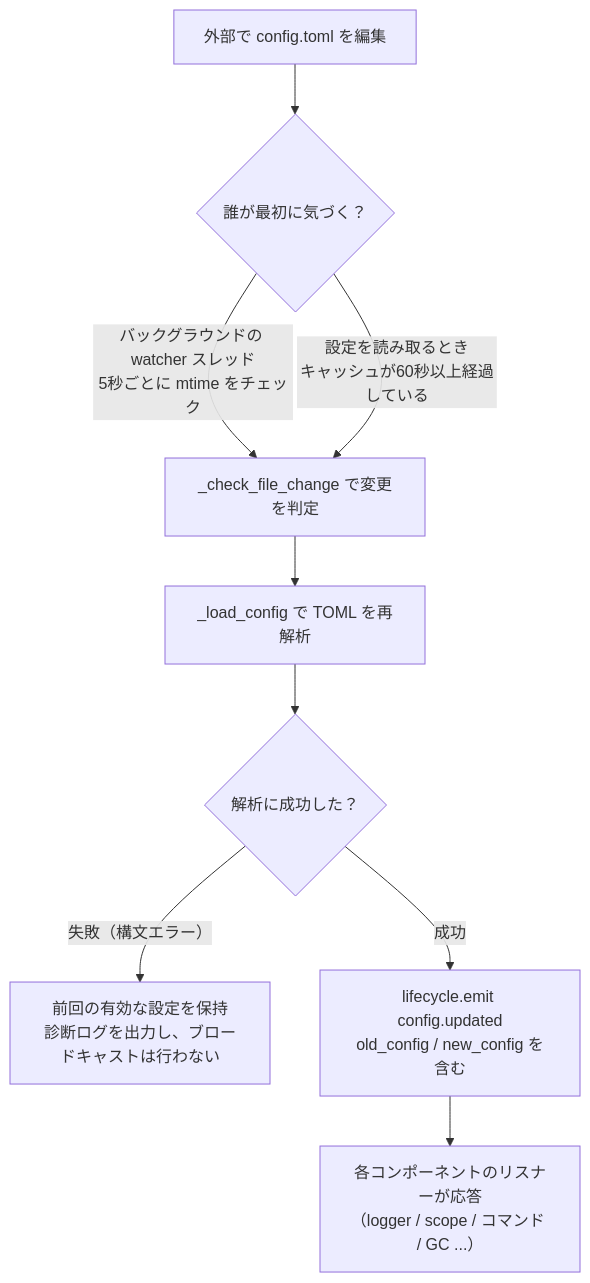
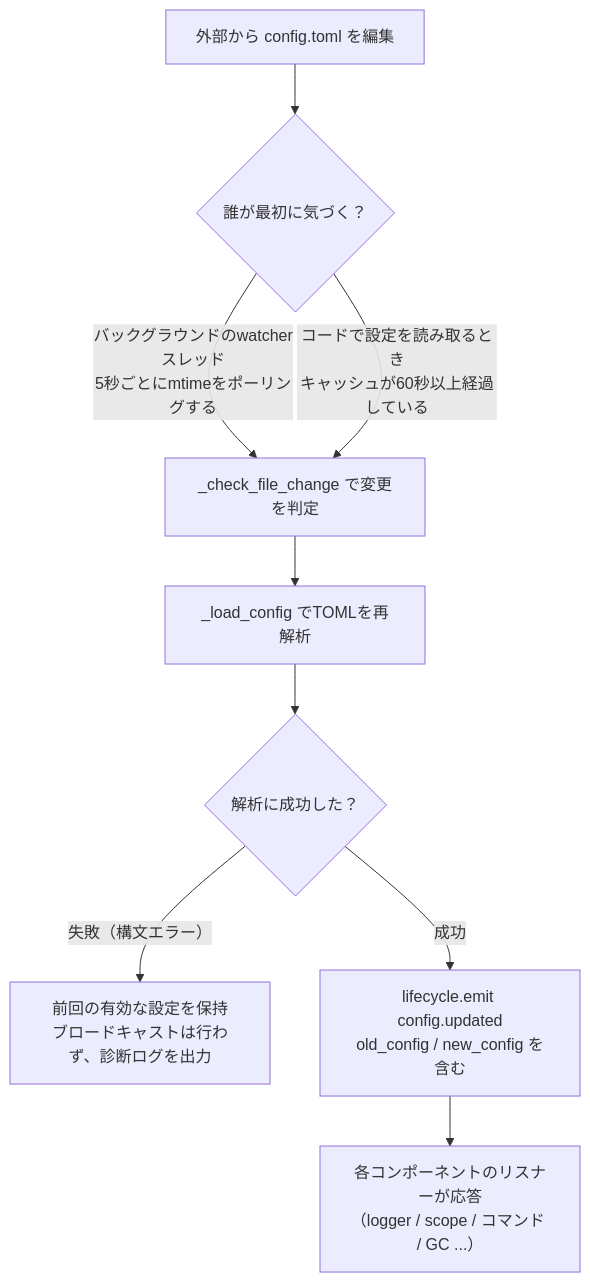
The diagram in docs/ja/user-guide/configuration.md (ErisPulse/ErisPulse), drawn with Mermaid before and after one commit. The commit also changed other lines of this file and 124 other files, not shown here.

````diff
--- a/docs/ja/user-guide/configuration.md
+++ b/docs/ja/user-guide/configuration.md
@@ -143,11 +143,11 @@
 ```mermaid
 flowchart TD
-    A["外部で config.toml を編集"] --> B{"誰が最初に気づく？"}
-    B -->|"バックグラウンドの watcher スレッド<br/>5秒ごとに mtime をチェック"| C["_check_file_change で変更を判定"]
-    B -->|"設定を読み取るとき<br/>キャッシュが60秒以上経過している"| C
-    C --> D["_load_config で TOML を再解析"]
+    A["外部から config.toml を編集"] --> B{"誰が最初に気づく？"}
+    B -->|"バックグラウンドのwatcherスレッド<br/>5秒ごとにmtimeをポーリングする"| C["_check_file_change で変更を判定"]
+    B -->|"コードで設定を読み取るとき<br/>キャッシュが60秒以上経過している"| C
+    C --> D["_load_config でTOMLを再解析"]
     D --> E{"解析に成功した？"}
-    E -->|"失敗（構文エラー）"| F["前回の有効な設定を保持<br/>診断ログを出力し、ブロードキャストは行わない"]
+    E -->|"失敗（構文エラー）"| F["前回の有効な設定を保持<br/>ブロードキャストは行わず、診断ログを出力"]
     E -->|"成功"| G["lifecycle.emit config.updated<br/>old_config / new_config を含む"]
     G --> H["各コンポーネントのリスナーが応答<br/>（logger / scope / コマンド / GC ...）"]
 ```
````
